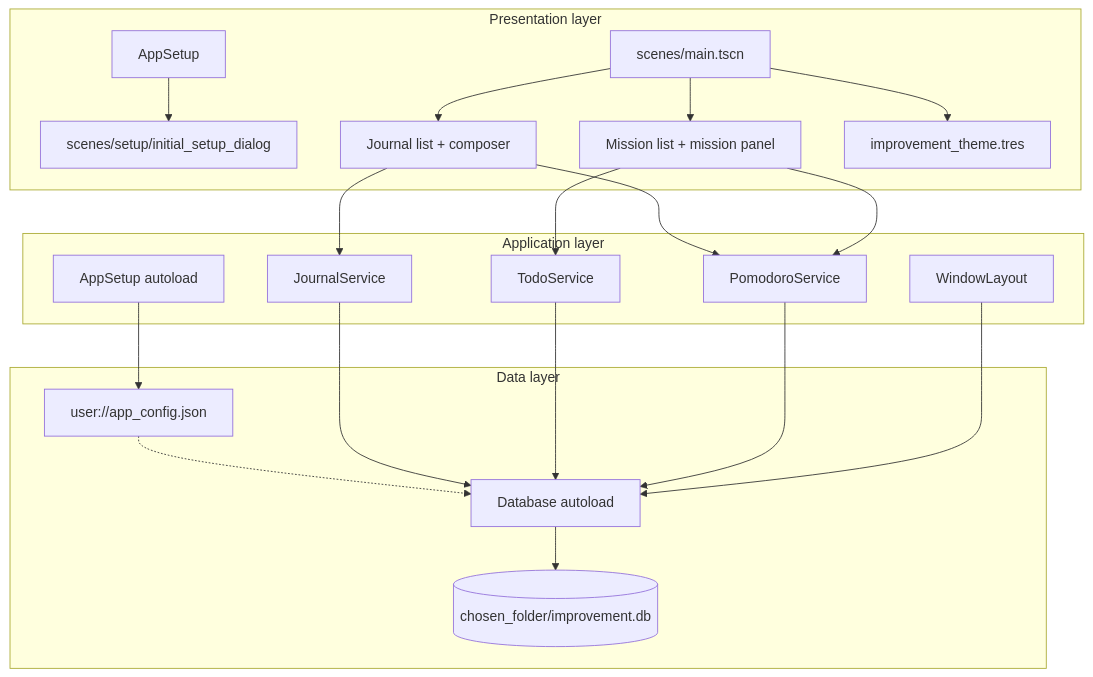
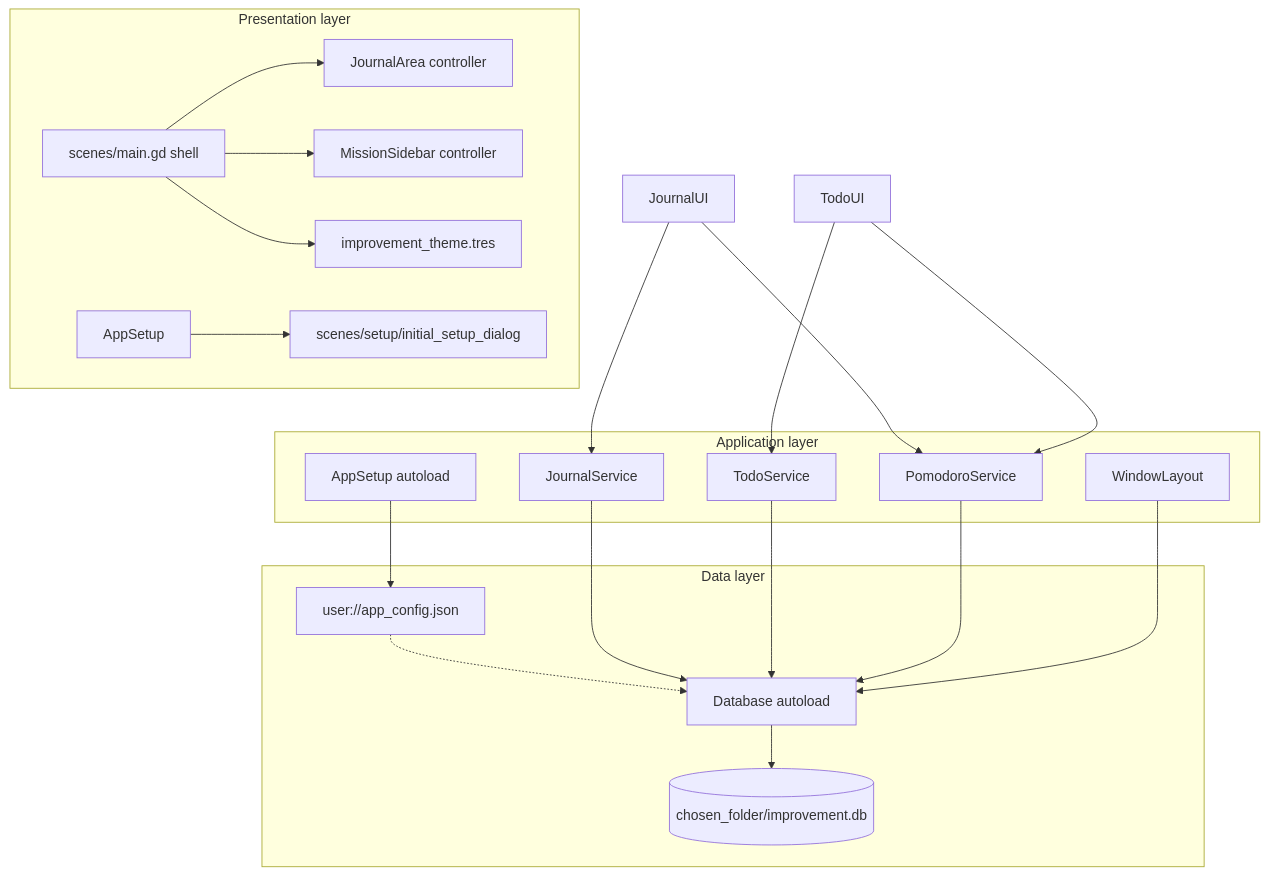
The diagram in docs/architecture.md (dgraham-io/improvement), drawn with Mermaid before and after one commit. The commit also changed other lines of this file and 13 other files, not shown here.

First line of the commit message:
Refactor main shell into journal and mission panel controllers.

````diff
--- a/docs/architecture.md
+++ b/docs/architecture.md
@@ -27,40 +27,40 @@
 ```mermaid
 flowchart TB
   subgraph presentation [Presentation layer]
-	Main[scenes/main.tscn]
+	Main[scenes/main.gd shell]
 	Setup[scenes/setup/initial_setup_dialog]
-	JournalUI[Journal list + composer]
-	TodoUI[Mission list + mission panel]
+	JournalArea[JournalArea controller]
+	MissionSidebar[MissionSidebar controller]
 	Theme[improvement_theme.tres]
-	Main --> JournalUI
-	Main --> TodoUI
+	Main --> JournalArea
+	Main --> MissionSidebar
 	Main --> Theme
 	AppSetup --> Setup
   end
 
   subgraph application [Application layer]
 	AppSetupSvc[AppSetup autoload]
 	JournalSvc[JournalService]
 	TodoSvc[TodoService]
 	TimerSvc[PomodoroService]
 	WinLayout[WindowLayout]
   end
 
   subgraph data [Data layer]
 	AppConfig[user://app_config.json]
 	DbAutoload[Database autoload]
 	SQLite[(chosen_folder/improvement.db)]
 	DbAutoload --> SQLite
 	AppConfig -.-> DbAutoload
   end
 
   JournalUI --> JournalSvc
   TodoUI --> TodoSvc
   JournalUI --> TimerSvc
   TodoUI --> TimerSvc
   JournalSvc --> DbAutoload
   TodoSvc --> DbAutoload
   TimerSvc --> DbAutoload
   WinLayout --> DbAutoload
   AppSetupSvc --> AppConfig
 ```
````
